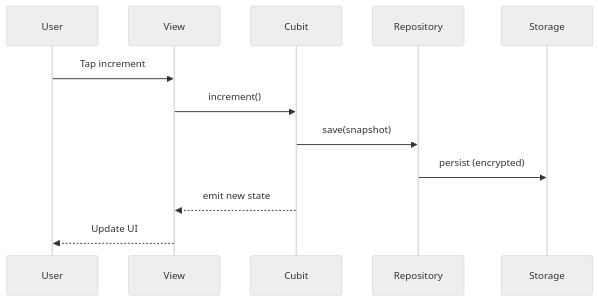
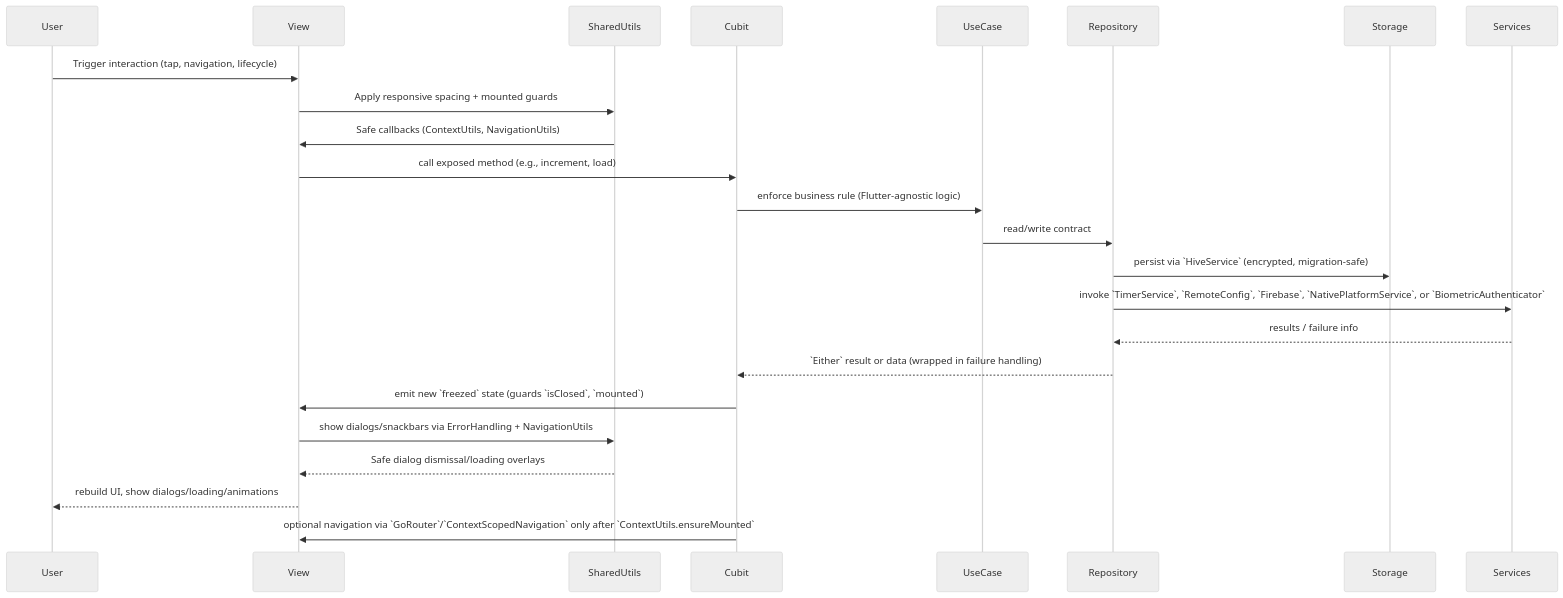
One commit to redjadet/flutter_bloc_app changed the second of 2 diagrams in README.md. Above: the diagram before and after it, drawn with Mermaid (neutral theme). The commit also changed other lines of this file and 2 other files, not shown here.

First line of the commit message:
Enhance context handling in CalculatorRateSelector widget

````diff
--- a/README.md
+++ b/README.md
@@ -229,15 +268,27 @@
 ```mermaid
 sequenceDiagram
   participant User
   participant View
+  participant SharedUtils
   participant Cubit
+  participant UseCase
   participant Repository
   participant Storage
+  participant Services
 
-  User->>View: Tap increment
-  View->>Cubit: increment()
-  Cubit->>Repository: save(snapshot)
-  Repository->>Storage: persist (encrypted)
-  Cubit-->>View: emit new state
-  View-->>User: Update UI
+  User->>View: Trigger interaction (tap, navigation, lifecycle)
+  View->>SharedUtils: Apply responsive spacing + mounted guards
+  SharedUtils->>View: Safe callbacks (ContextUtils, NavigationUtils)
+  View->>Cubit: call exposed method (e.g., increment, load)
+  Cubit->>UseCase: enforce business rule (Flutter-agnostic logic)
+  UseCase->>Repository: read/write contract
+  Repository->>Storage: persist via `HiveService` (encrypted, migration-safe)
+  Repository->>Services: invoke `TimerService`, `RemoteConfig`, `Firebase`, `NativePlatformService`, or `BiometricAuthenticator`
+  Services-->>Repository: results / failure info
+  Repository-->>Cubit: `Either` result or data (wrapped in failure handling)
+  Cubit->>View: emit new `freezed` state (guards `isClosed`, `mounted`)
+  View->>SharedUtils: show dialogs/snackbars via ErrorHandling + NavigationUtils
+  SharedUtils-->>View: Safe dialog dismissal/loading overlays
+  View-->>User: rebuild UI, show dialogs/loading/animations
+  Cubit->>View: optional navigation via `GoRouter`/`ContextScopedNavigation` only after `ContextUtils.ensureMounted`
 ```
````
